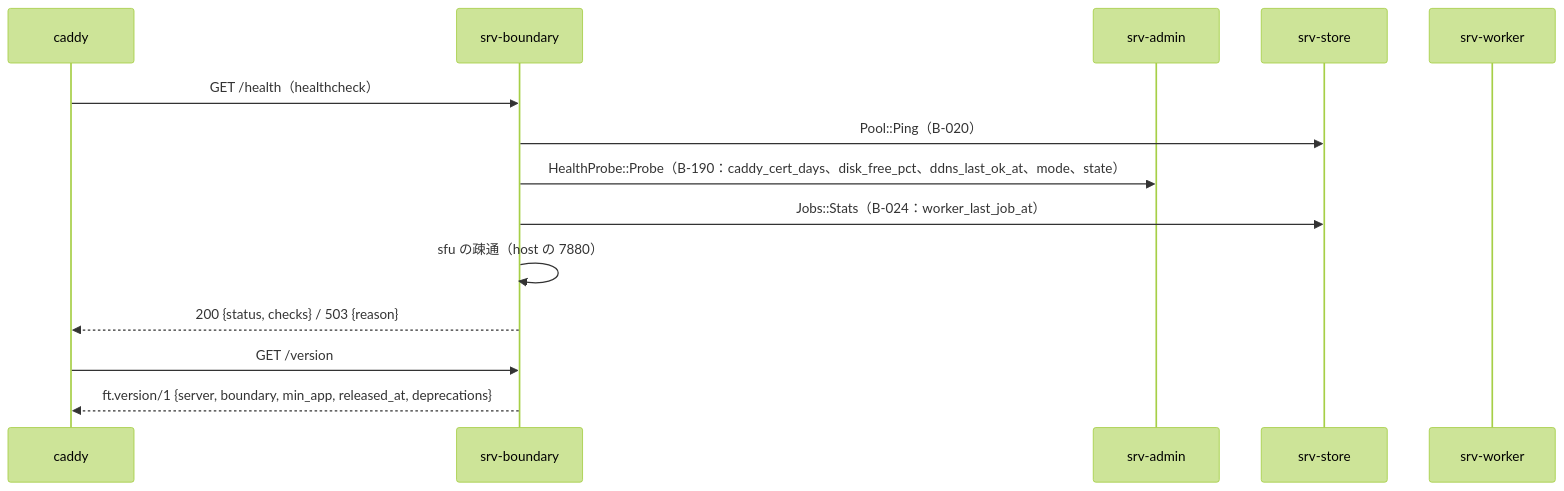
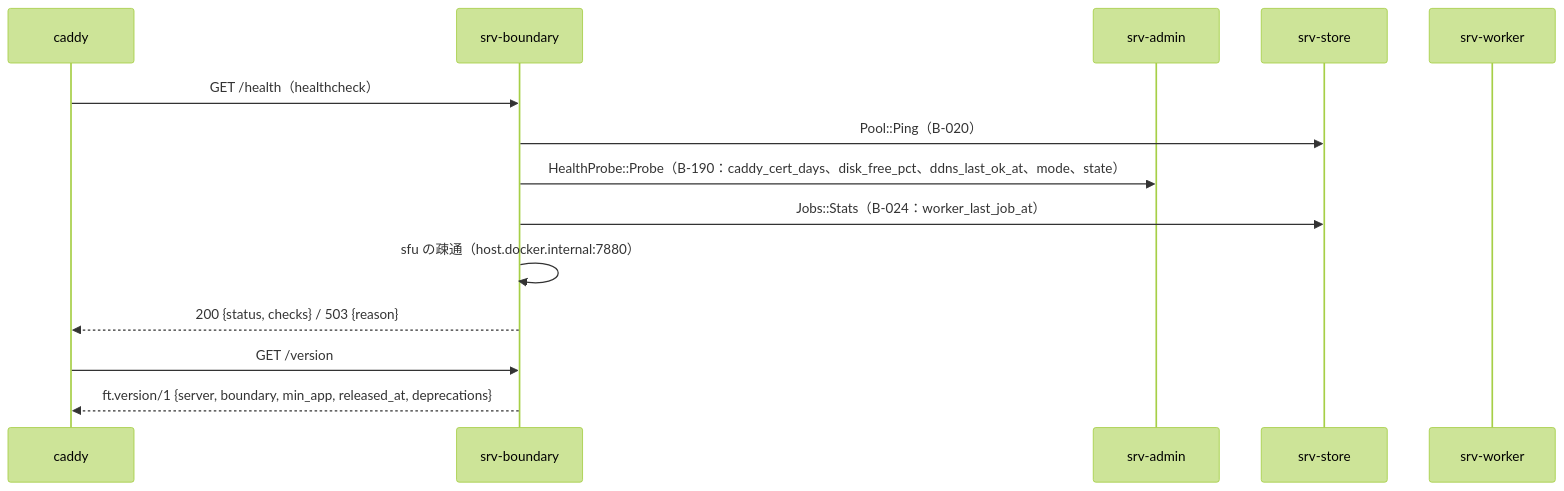
Before and after one commit to nrsd-ishikawasou/family-talk-pwa: the third of 4 diagrams in dev/docs/jp/シーケンス/01_起動.md, drawn with Mermaid (forest theme). The commit also changed other lines of this file and 290 other files, not shown here.

````diff
--- a/dev/docs/jp/シーケンス/01_起動.md
+++ b/dev/docs/jp/シーケンス/01_起動.md
@@ -125,16 +142,16 @@
 ```mermaid
 sequenceDiagram
   participant CD as caddy
   participant BD as srv-boundary
   participant AD as srv-admin
   participant ST as srv-store
   participant WK as srv-worker
   CD->>BD: GET /health（healthcheck）
   BD->>ST: Pool::Ping（B-020）
   BD->>AD: HealthProbe::Probe（B-190：caddy_cert_days、disk_free_pct、ddns_last_ok_at、mode、state）
   BD->>ST: Jobs::Stats（B-024：worker_last_job_at）
-  BD->>BD: sfu の疎通（host の 7880）
+  BD->>BD: sfu の疎通（host.docker.internal:7880）
   BD-->>CD: 200 {status, checks} / 503 {reason}
   CD->>BD: GET /version
   BD-->>CD: ft.version/1 {server, boundary, min_app, released_at, deprecations}
 ```
````
